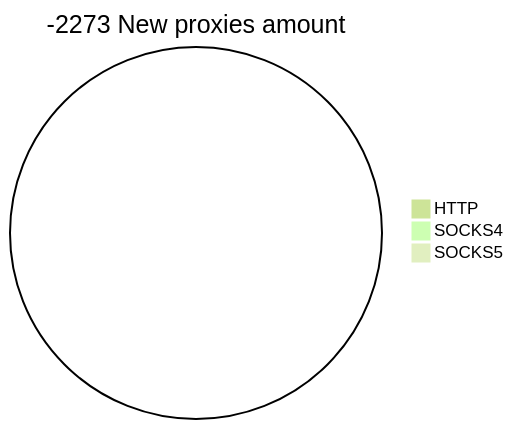
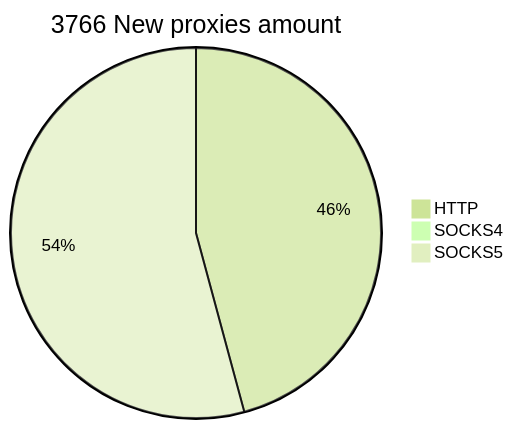
One commit to cutipu/proxylist changed the second of 2 diagrams in README.md. Above: the diagram before and after it, drawn with Mermaid (forest theme). The commit also changed other lines of this file, not shown here.

````diff
--- a/README.md
+++ b/README.md
@@ -10,6 +10,6 @@
 ```mermaid
-pie title -2273 New proxies amount
-    "HTTP" : 0
+pie title 3766 New proxies amount
+    "HTTP" : 1725
     "SOCKS4" : 0
-    "SOCKS5" : 0
+    "SOCKS5" : 2041
 ```
````
